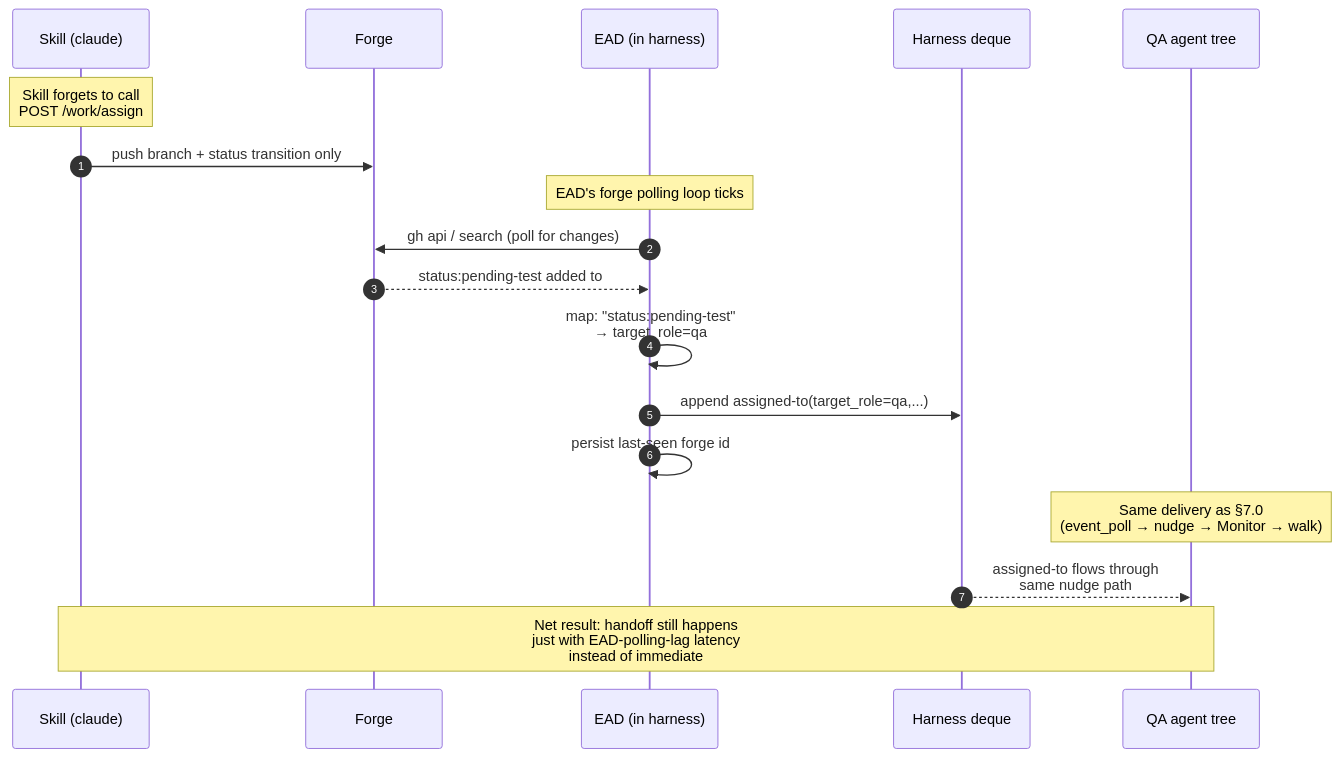
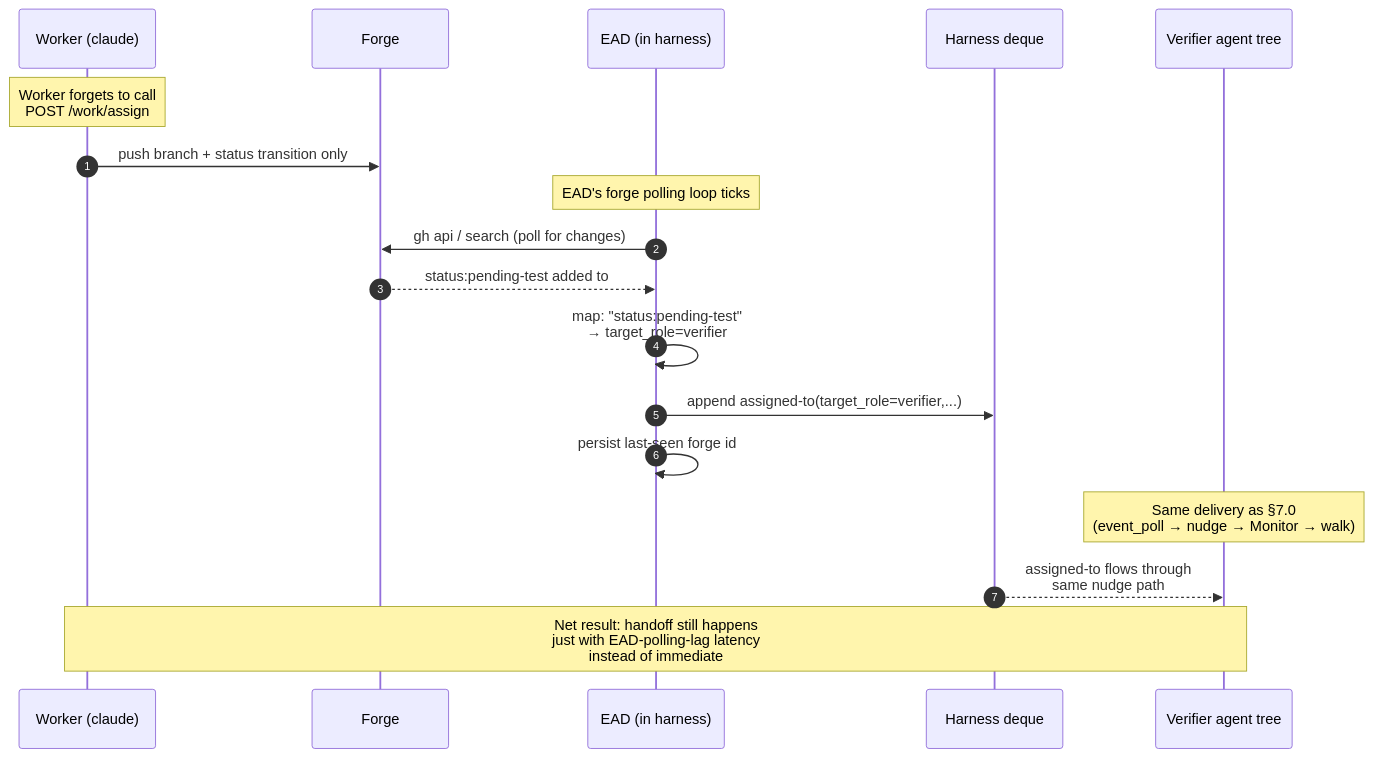
Before and after one commit to WallyDoodlez/SquidSquad: the eighth of 10 diagrams in docs/EVENT-ARCHITECTURE.md, drawn with Mermaid. The commit also changed other lines of this file, not shown here.

First line of the commit message:
docs: event-arch v2 — terminology pass to L2 categorical role names

````diff
--- a/docs/EVENT-ARCHITECTURE.md
+++ b/docs/EVENT-ARCHITECTURE.md
@@ -473,24 +486,24 @@
 ```mermaid
 sequenceDiagram
     autonumber
-    participant SK as Skill (claude)
+    participant W as Worker (claude)
     participant F as Forge
     participant EAD as EAD (in harness)
     participant H as Harness deque
-    participant Q as QA agent tree
+    participant V as Verifier agent tree
 
-    Note over SK: Skill forgets to call<br/>POST /work/assign
-    SK->>F: push branch + status transition only
+    Note over W: Worker forgets to call<br/>POST /work/assign
+    W->>F: push branch + status transition only
 
     Note over EAD: EAD's forge polling loop ticks
     EAD->>F: gh api / search (poll for changes)
     F-->>EAD: status:pending-test added to #9926
-    EAD->>EAD: map: "status:pending-test"<br/>→ target_role=qa
-    EAD->>H: append assigned-to(target_role=qa,...)
+    EAD->>EAD: map: "status:pending-test"<br/>→ target_role=verifier
+    EAD->>H: append assigned-to(target_role=verifier,...)
     EAD->>EAD: persist last-seen forge id
 
-    Note over Q: Same delivery as §7.0<br/>(event_poll → nudge → Monitor → walk)
-    H-->>Q: assigned-to flows through<br/>same nudge path
+    Note over V: Same delivery as §7.0<br/>(event_poll → nudge → Monitor → walk)
+    H-->>V: assigned-to flows through<br/>same nudge path
 
-    Note over SK,Q: Net result: handoff still happens<br/>just with EAD-polling-lag latency<br/>instead of immediate
+    Note over W,V: Net result: handoff still happens<br/>just with EAD-polling-lag latency<br/>instead of immediate
 ```
````
